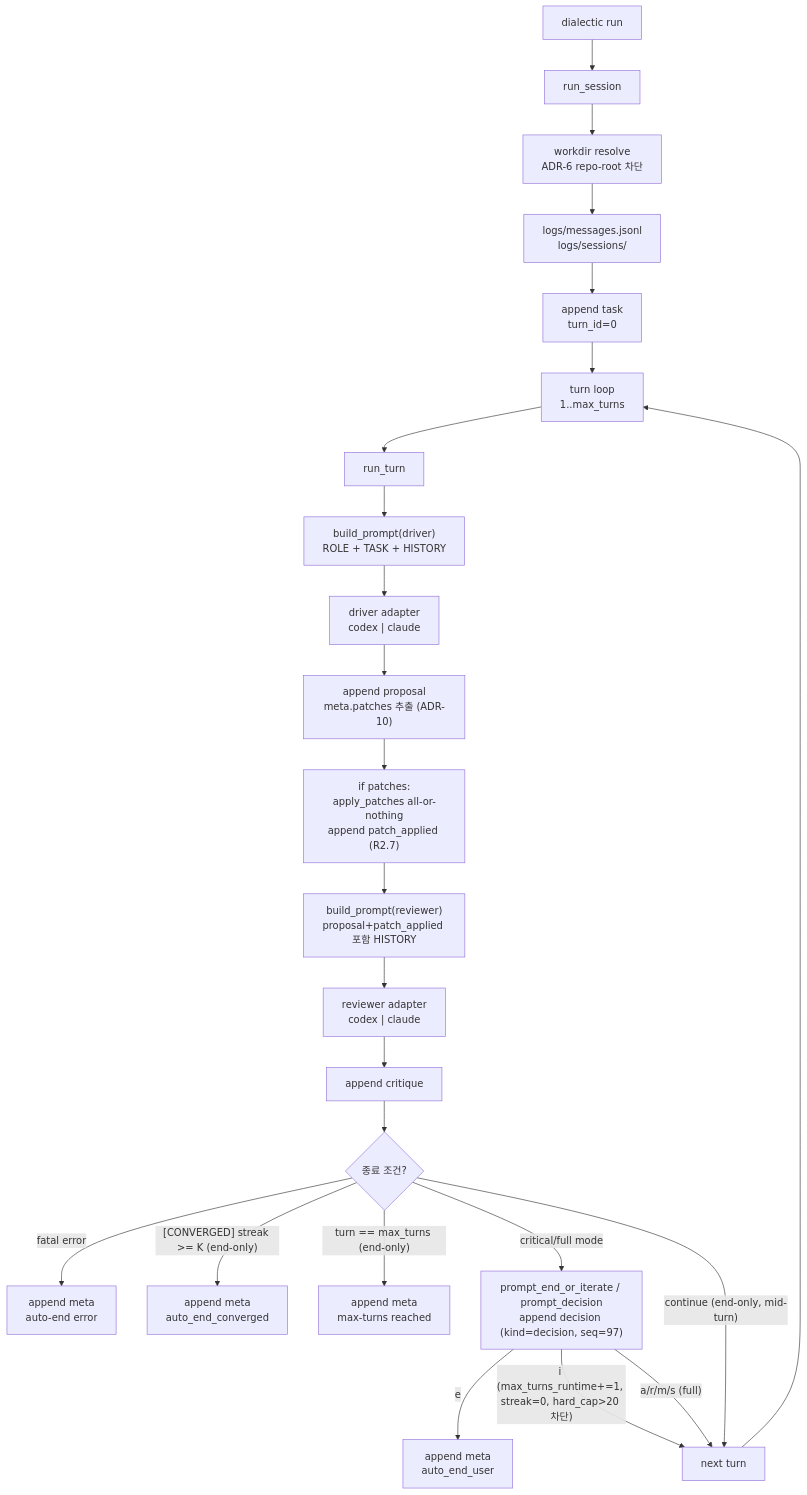
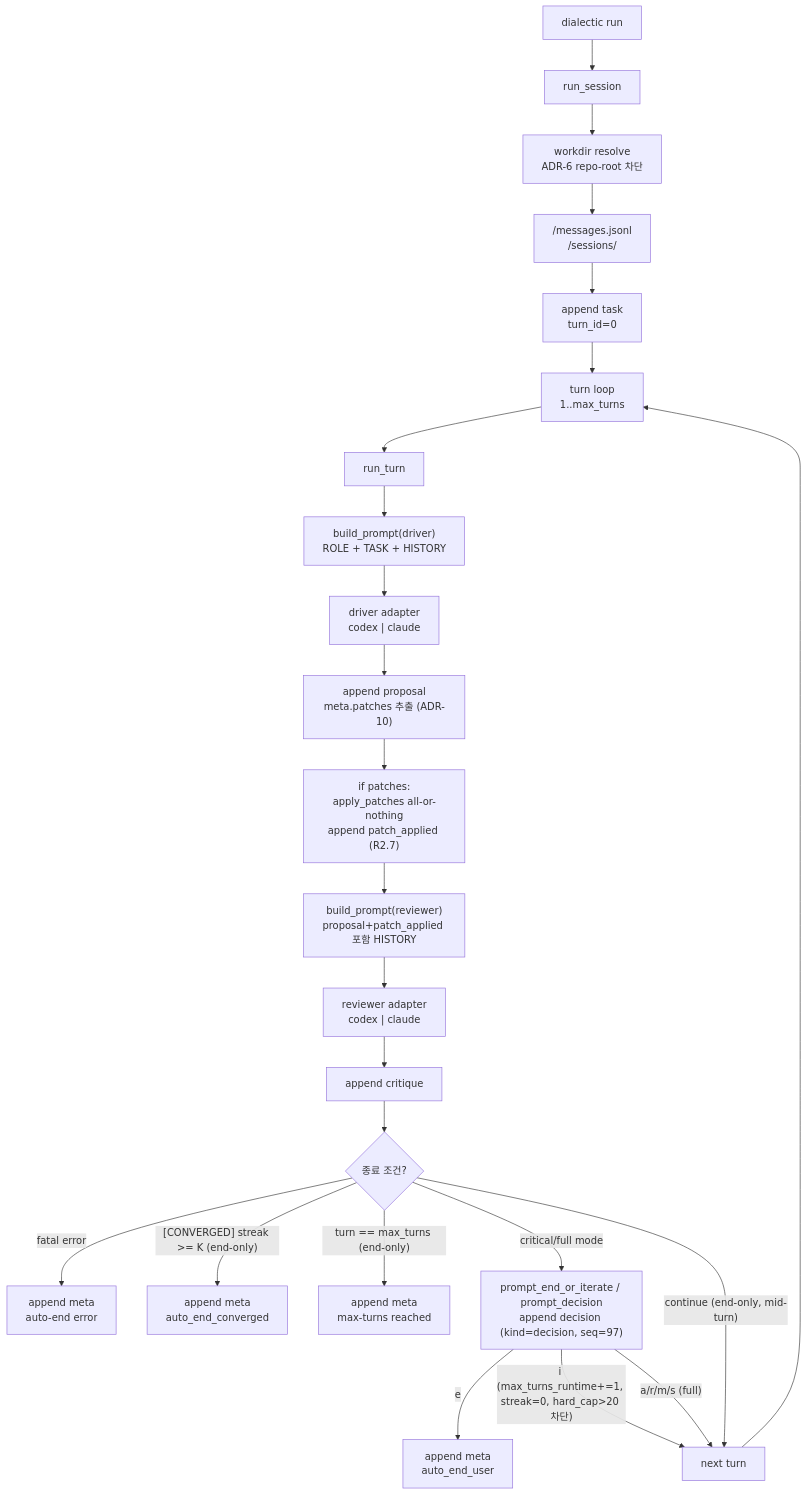
Before and after one commit to shinjw4929/Dialectic-CLI: the diagram in docs/current-implementation-flow.md, drawn with Mermaid. The commit also changed other lines of this file and 4 other files, not shown here.

````diff
--- a/docs/current-implementation-flow.md
+++ b/docs/current-implementation-flow.md
@@ -20,34 +20,34 @@
 ```mermaid
 flowchart TD
     CLI["dialectic run"]
     Session["run_session"]
     Guard["workdir resolve<br/>ADR-6 repo-root 차단"]
-    Logs["logs/messages.jsonl<br/>logs/sessions/"]
+    Logs["<session-ts>/messages.jsonl<br/><session-ts>/sessions/"]
     Task["append task<br/>turn_id=0"]
     Loop["turn loop<br/>1..max_turns"]
     Turn["run_turn"]
     DriverPrompt["build_prompt(driver)<br/>ROLE + TASK + HISTORY"]
     Driver["driver adapter<br/>codex | claude"]
     Proposal["append proposal<br/>meta.patches 추출 (ADR-10)"]
     PatchApply["if patches:<br/>apply_patches all-or-nothing<br/>append patch_applied (R2.7)"]
     ReviewerPrompt["build_prompt(reviewer)<br/>proposal+patch_applied 포함 HISTORY"]
     Reviewer["reviewer adapter<br/>codex | claude"]
     Critique["append critique"]
     EndCheck{"종료 조건?"}
     Error["append meta<br/>auto-end error"]
     Converged["append meta<br/>auto_end_converged"]
     MaxTurns["append meta<br/>max-turns reached"]
     Next["next turn"]
 
     CLI --> Session --> Guard --> Logs --> Task --> Loop --> Turn
     Turn --> DriverPrompt --> Driver --> Proposal
     Proposal --> PatchApply --> ReviewerPrompt --> Reviewer --> Critique --> EndCheck
     EndCheck -- "fatal error" --> Error
     EndCheck -- "[CONVERGED] streak >= K (end-only)" --> Converged
     EndCheck -- "turn == max_turns (end-only)" --> MaxTurns
     EndCheck -- "critical/full mode" --> Decision["prompt_end_or_iterate / prompt_decision<br/>append decision (kind=decision, seq=97)"]
     Decision -- "e" --> AutoEndUser["append meta<br/>auto_end_user"]
     Decision -- "i (max_turns_runtime+=1, streak=0, hard_cap>20 차단)" --> Next
     Decision -- "a/r/m/s (full)" --> Next
     EndCheck -- "continue (end-only, mid-turn)" --> Next --> Loop
 ```
````
